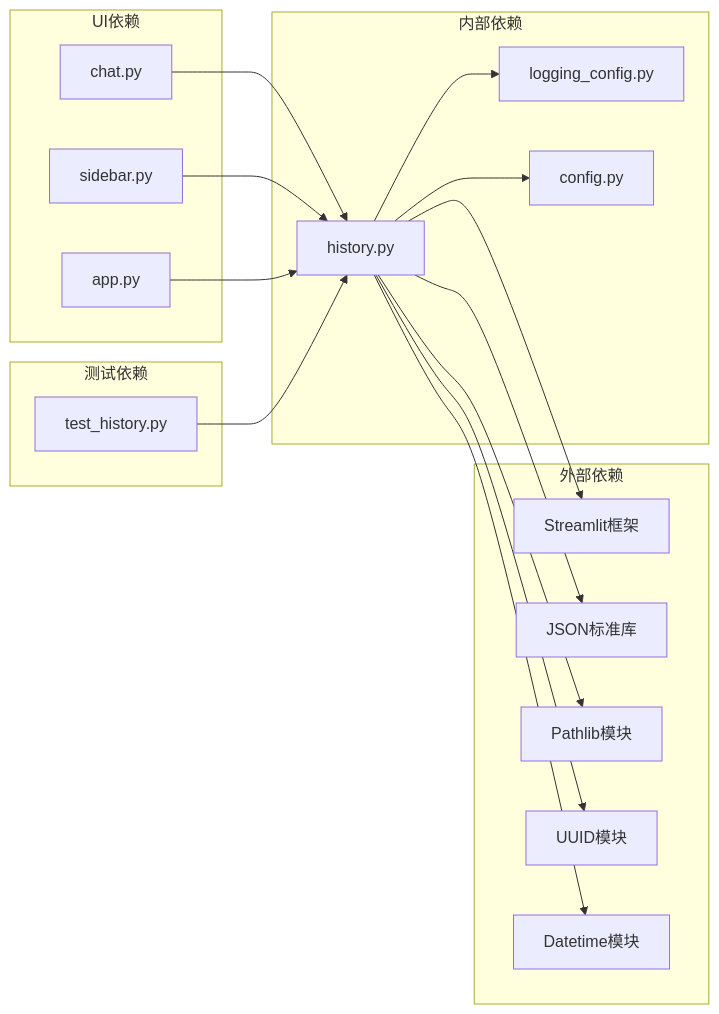
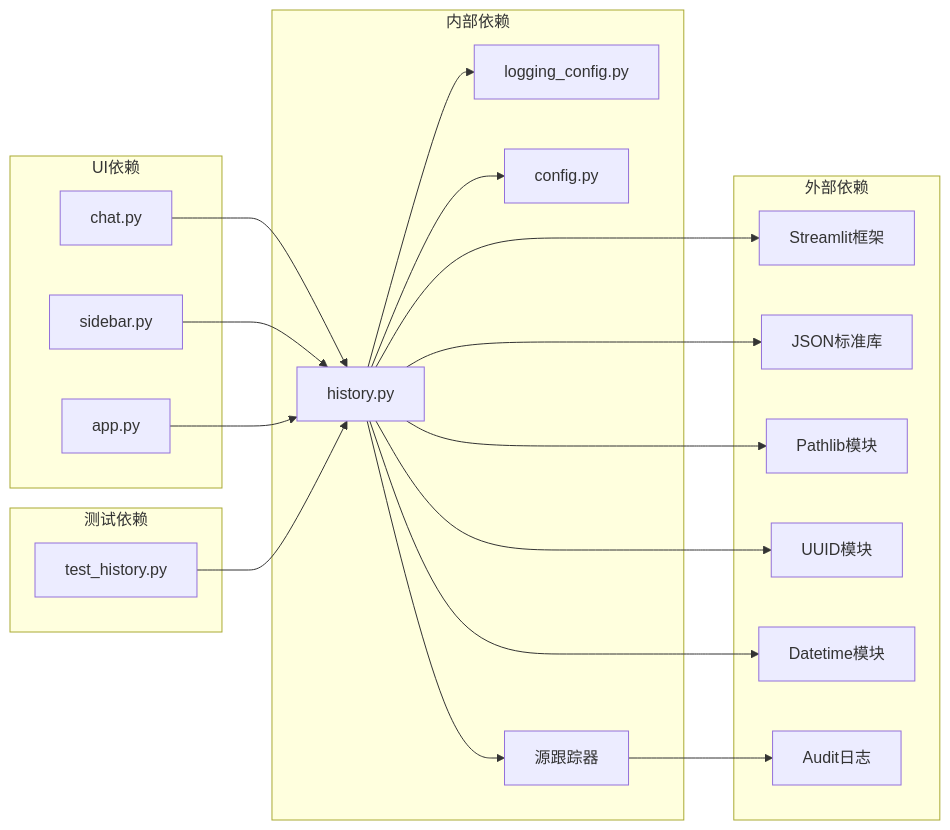
The ninth of 9 diagrams in .qoder/repowiki/zh/content/业务服务层/会话历史管理.md (joyafa/knowledge), drawn with Mermaid before and after one commit. The commit also changed other lines of this file and 16 other files, not shown here.

````diff
--- a/.qoder/repowiki/zh/content/业务服务层/会话历史管理.md
+++ b/.qoder/repowiki/zh/content/业务服务层/会话历史管理.md
@@ -320,34 +431,38 @@
 ```mermaid
 graph LR
 subgraph "内部依赖"
 History[history.py]
 Logger[logging_config.py]
 Config[config.py]
+SourceTracker[源跟踪器]
 end
 subgraph "UI依赖"
 Chat[chat.py]
 Sidebar[sidebar.py]
 App[app.py]
 end
 subgraph "测试依赖"
 TestHistory[test_history.py]
 end
 subgraph "外部依赖"
 Streamlit[Streamlit框架]
 JSON[JSON标准库]
 Pathlib[Pathlib模块]
 UUID[UUID模块]
 Datetime[Datetime模块]
+AuditLog[Audit日志]
 end
 Chat --> History
 Sidebar --> History
 App --> History
 TestHistory --> History
 History --> Logger
 History --> Config
+History --> SourceTracker
+SourceTracker --> AuditLog
 History --> Streamlit
 History --> JSON
 History --> Pathlib
 History --> UUID
 History --> Datetime
 ```
````
